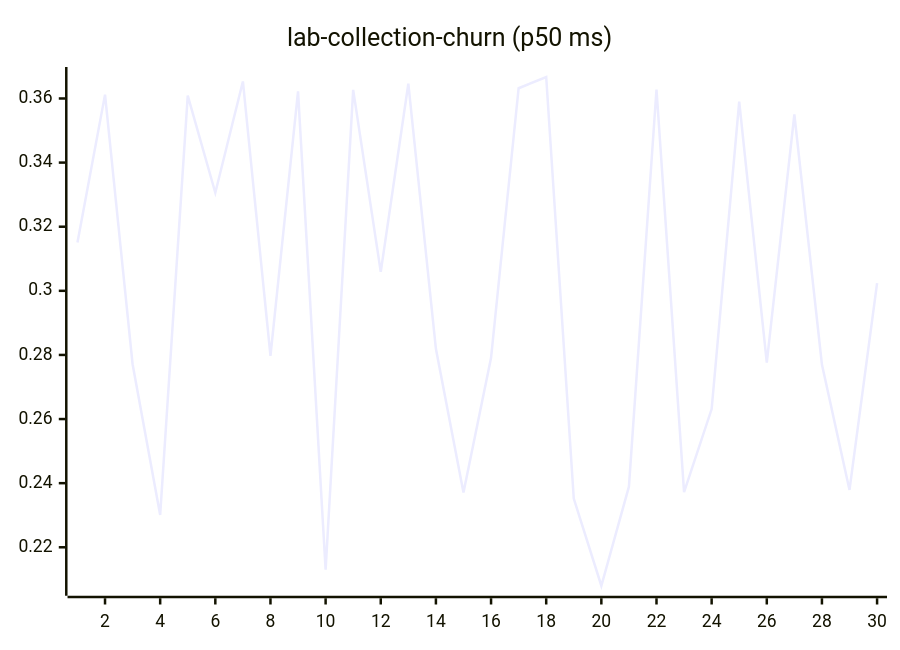
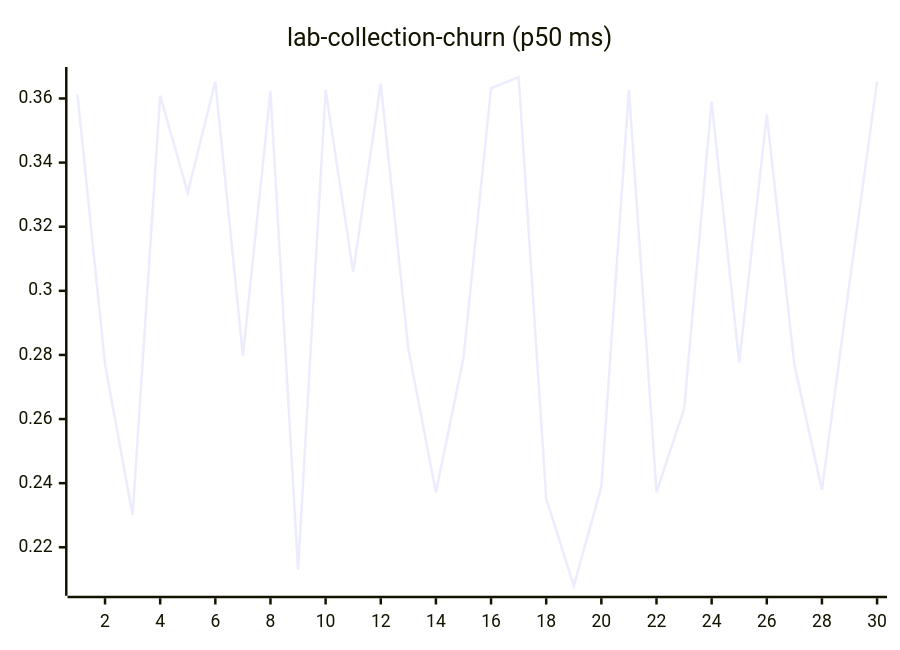
Before and after one commit to josha/Facet: diagram 11 of 27 in README.md, drawn with Mermaid. The commit also changed other lines of this file and 2 other files, not shown here.

````diff
--- a/README.md
+++ b/README.md
@@ -133,6 +133,6 @@
 ```mermaid
 xychart-beta
     title "lab-collection-churn (p50 ms)"
     x-axis 1 --> 30
-    line [0.3151, 0.3612, 0.2771, 0.2301, 0.3609, 0.3306, 0.3653, 0.2797, 0.3622, 0.2130, 0.3627, 0.3059, 0.3646, 0.2819, 0.2371, 0.2791, 0.3632, 0.3667, 0.2352, 0.2080, 0.2389, 0.3628, 0.2372, 0.2631, 0.3590, 0.2776, 0.3550, 0.2770, 0.2379, 0.3024]
+    line [0.3612, 0.2771, 0.2301, 0.3609, 0.3306, 0.3653, 0.2797, 0.3622, 0.2130, 0.3627, 0.3059, 0.3646, 0.2819, 0.2371, 0.2791, 0.3632, 0.3667, 0.2352, 0.2080, 0.2389, 0.3628, 0.2372, 0.2631, 0.3590, 0.2776, 0.3550, 0.2770, 0.2379, 0.3024, 0.3653]
 ```
````
